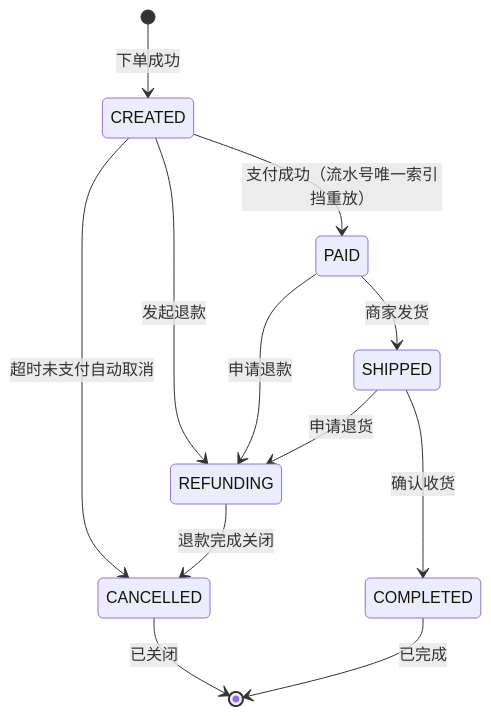
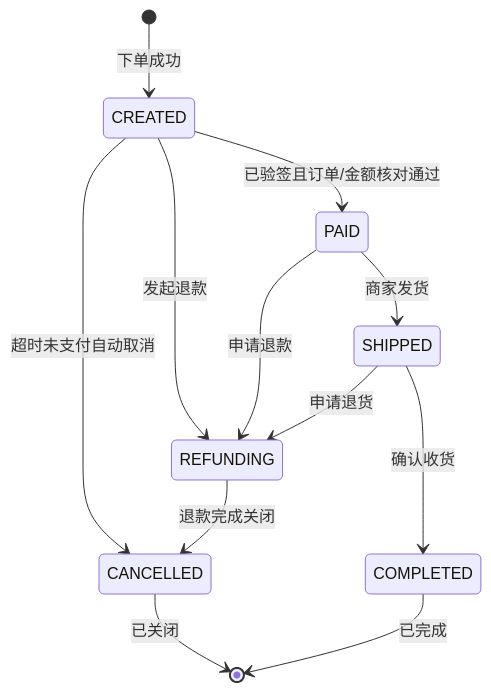
The third of 5 diagrams in docs/07-阶段七-全栈融合与项目实战/03-项目二-电商订单系统.md (CrazyForks/java-full-stack), drawn with Mermaid before and after one commit. The commit also changed other lines of this file and 58 other files, not shown here.

````diff
--- a/docs/07-阶段七-全栈融合与项目实战/03-项目二-电商订单系统.md
+++ b/docs/07-阶段七-全栈融合与项目实战/03-项目二-电商订单系统.md
@@ -138,14 +217,14 @@
 ```mermaid
 stateDiagram-v2
     [*] --> CREATED: 下单成功
-    CREATED --> PAID: 支付成功（流水号唯一索引挡重放）
+    CREATED --> PAID: 已验签且订单/金额核对通过
     CREATED --> CANCELLED: 超时未支付自动取消
     PAID --> SHIPPED: 商家发货
     SHIPPED --> COMPLETED: 确认收货
     CREATED --> REFUNDING: 发起退款
     PAID --> REFUNDING: 申请退款
     SHIPPED --> REFUNDING: 申请退货
     REFUNDING --> CANCELLED: 退款完成关闭
     CANCELLED --> [*]: 已关闭
     COMPLETED --> [*]: 已完成
 ```
````
